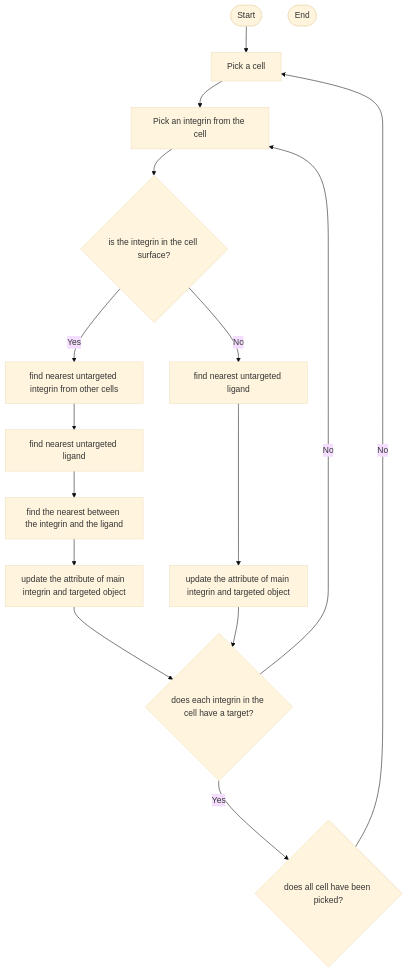
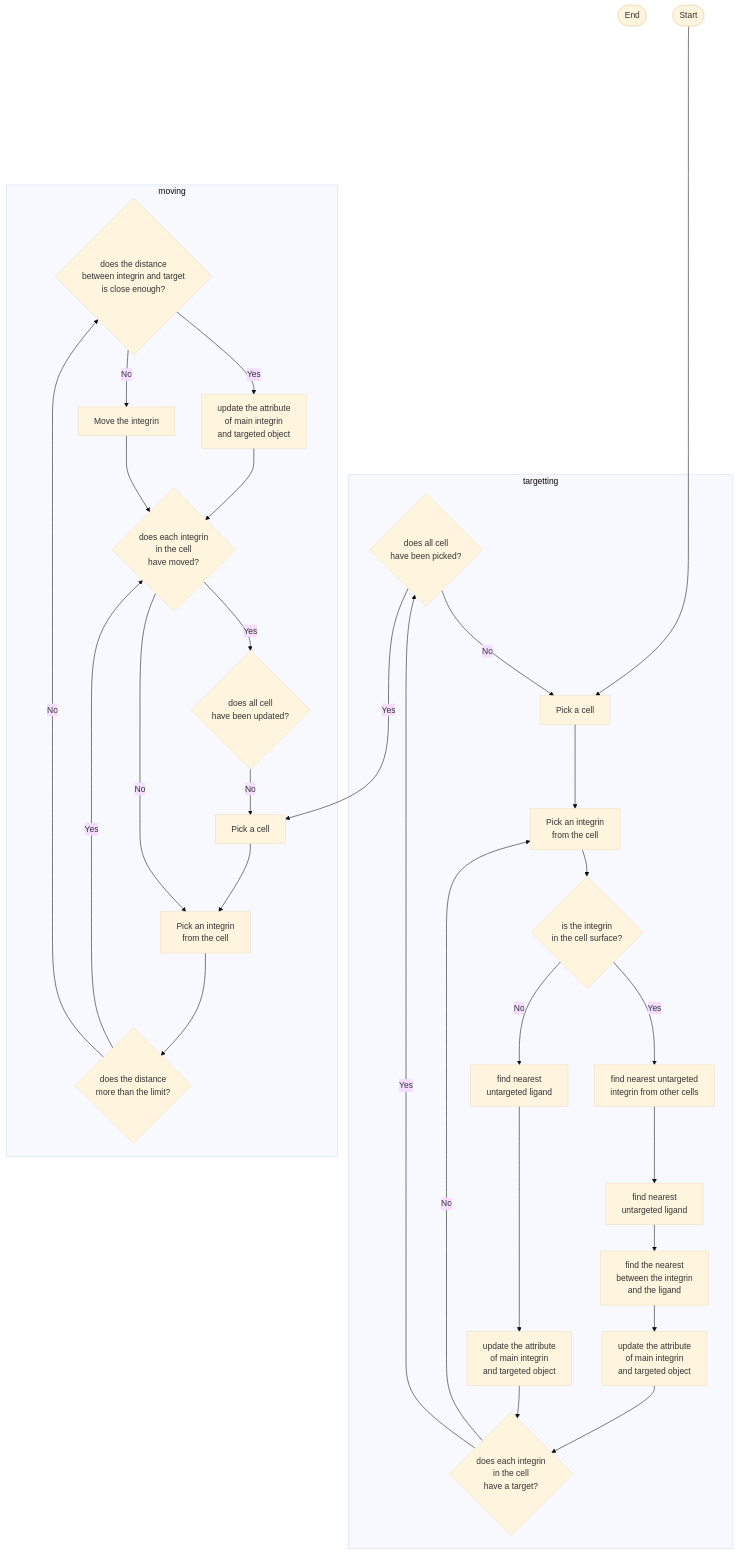
The diagram in simulationflow.md (azfairuza/stemcell), drawn with Mermaid (base theme) before and after one commit.

Commit message:
adding moving subdiagram

````diff
--- a/simulationflow.md
+++ b/simulationflow.md
@@ -10,39 +10,64 @@
 ```mermaid
   flowchart TD
   %% components of the flowchart
+  checkBounding1{does the distance </br> between integrin and target </br> is close enough?}
+  checkCell1{does all cell </br> have been picked?}
+  checkCell2{does all cell </br> have been updated?}
+  checkDistance1{does the distance </br> more than the limit?}
+  checkIntegrin1{does each integrin </br> in the cell  </br> have a target?}
+  checkIntegrin2{does each integrin </br> in the cell  </br> have moved?}
+  compare1[find the nearest </br> between the integrin </br> and the ligand]
+  End([End])
+  getCell1[Pick a cell]
+  getCell2[Pick a cell]
+  getIntegrin1[Pick an integrin </br> from the cell]
+  getIntegrin2[find nearest untargeted </br> integrin from other cells]
+  getIntegrin3[Pick an integrin </br> from the cell]
+  checkSurface{is the integrin </br> in the cell surface?}
+  getLigand1[find nearest </br> untargeted ligand]
+  getLigand2[find nearest </br> untargeted ligand]
+  Move1[Move the integrin] 
   Start([Start]) 
-  End([End])
-  getCell[Pick a cell]
-  getIntegrin1[Pick an integrin from the cell]
-  checkSurface{is the integrin in the cell surface?}
-  getIntegrin2[find nearest untargeted integrin from other cells]
-  getLigand1[find nearest untargeted ligand]
-  getLigand2[find nearest untargeted ligand]
-  compare1[find the nearest between the integrin and the ligand]
-  update1[update the attribute of main integrin and targeted object]
-  update2[update the attribute of main integrin and targeted object]
-  checkIntegrin1{does each integrin in the cell have a target?}
-  checkCell1{does all cell have been picked?}
+  update1[update the attribute </br> of main integrin </br> and targeted object]
+  update2[update the attribute </br> of main integrin </br> and targeted object]
+  update3[update the attribute </br> of main integrin </br> and targeted object]
+  
   
   
   %% relations of the flowchart
-  Start --> getCell
-  getCell --> getIntegrin1
+  Start ----------> getCell1
+  
+  subgraph targetting
+  getCell1 --> getIntegrin1
   getIntegrin1 --> checkSurface
   checkSurface --> |Yes| getIntegrin2
   getIntegrin2 --> getLigand1
   getLigand1 --> compare1
   compare1 --> update1
   update1 --> checkIntegrin1
   checkIntegrin1 --> |No| getIntegrin1
   checkSurface --> |No| getLigand2
   getLigand2 ----> update2
   update2 --> checkIntegrin1
   checkIntegrin1 --> |Yes| checkCell1
-  checkCell1 --> |No| getCell
+  checkCell1 --> |No| getCell1
+  end
   
-  
-  
+  subgraph moving
+  checkCell1 ---> |Yes| getCell2
+  getCell2 --> getIntegrin3
+  getIntegrin3 --> checkDistance1
+  checkDistance1 --> |Yes| checkIntegrin2
+  checkDistance1 --> |No| checkBounding1
+  checkBounding1 --> |Yes| update3
+  update3 --> checkIntegrin2
+  checkBounding1 --> |No| Move1
+  Move1 --> checkIntegrin2
+  checkIntegrin2 --> |No| getIntegrin3
+  checkIntegrin2 --> |Yes| checkCell2
+  checkCell2 --> |No| getCell2
+
+  end
   
   
 ```
````
